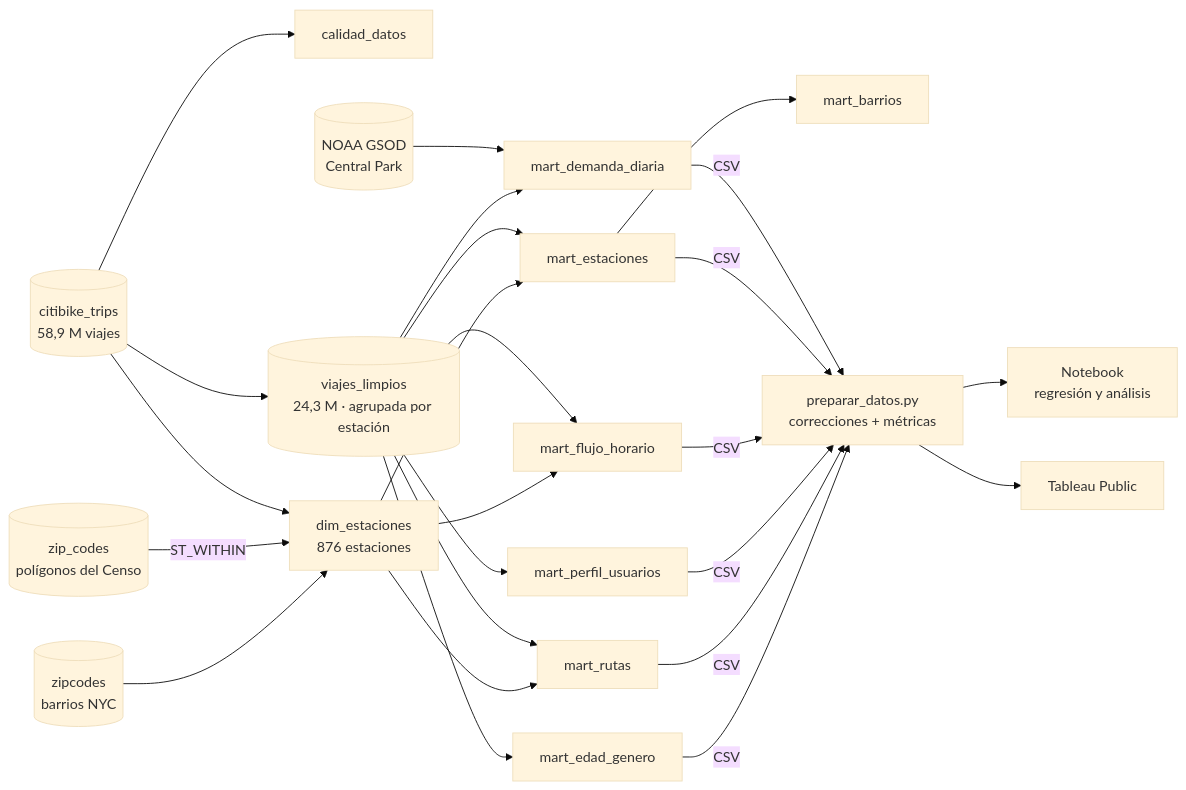
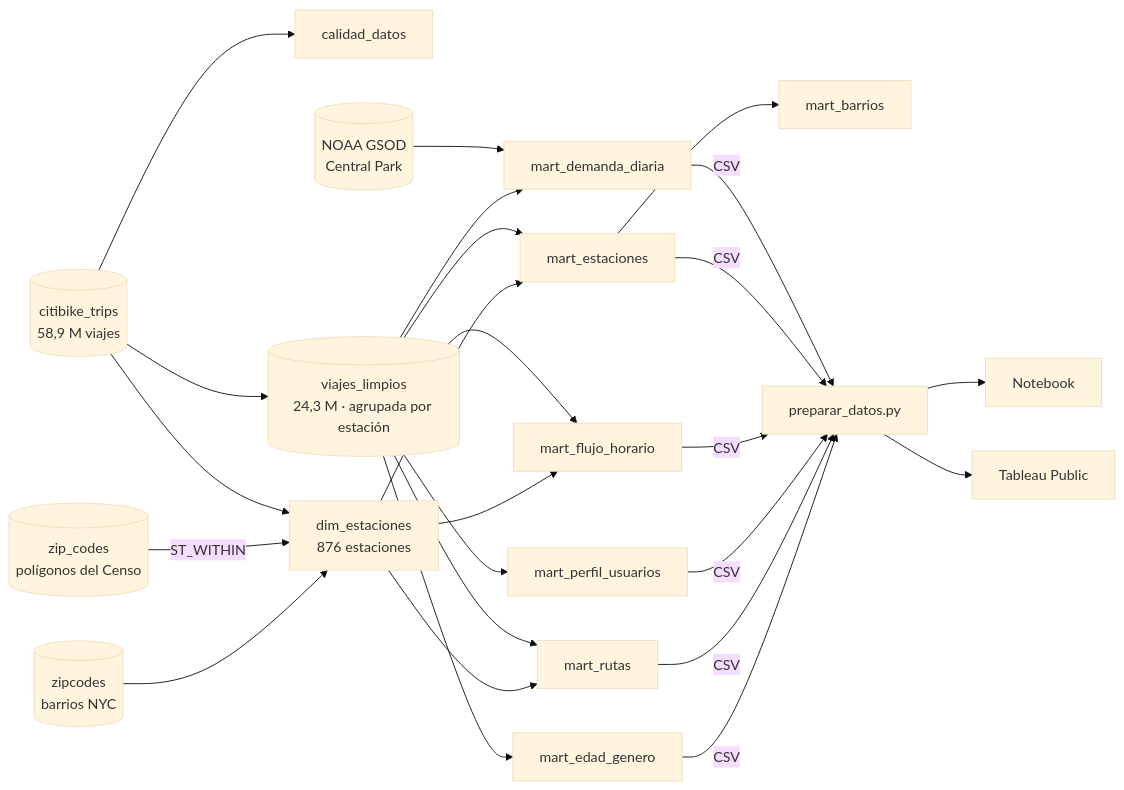
One commit to Cristobal-111/citibike-nyc-demanda-rebalanceo changed the diagram in citibike-nyc-demanda-rebalanceo/README.md. Above: the diagram before and after it, drawn with Mermaid (base theme). The commit also changed other lines of this file and 1 other file, not shown here.

````diff
--- a/citibike-nyc-demanda-rebalanceo/README.md
+++ b/citibike-nyc-demanda-rebalanceo/README.md
@@ -29,19 +83,19 @@
 ```mermaid
 flowchart LR
     A[(citibike_trips<br/>58,9 M viajes)] --> Q[calidad_datos]
     A --> V[(viajes_limpios<br/>24,3 M · agrupada por estación)]
     A --> E[dim_estaciones<br/>876 estaciones]
     Z[(zip_codes<br/>polígonos del Censo)] -->|ST_WITHIN| E
     C[(zipcodes<br/>barrios NYC)] --> E
     W[(NOAA GSOD<br/>Central Park)] --> M1
     V --> M1[mart_demanda_diaria]
     V --> M2[mart_estaciones] --> M8[mart_barrios]
     V --> M3[mart_flujo_horario]
     V --> M4[mart_perfil_usuarios]
     V --> M5[mart_rutas]
     V --> M6[mart_edad_genero]
     E --> M2 & M3 & M5
-    M1 & M2 & M3 & M4 & M5 & M6 -->|CSV| P[preparar_datos.py<br/>correcciones + métricas]
-    P --> N[Notebook<br/>regresión y análisis]
+    M1 & M2 & M3 & M4 & M5 & M6 -->|CSV| P[preparar_datos.py]
+    P --> N[Notebook]
     P --> T[Tableau Public]
 ```
````
